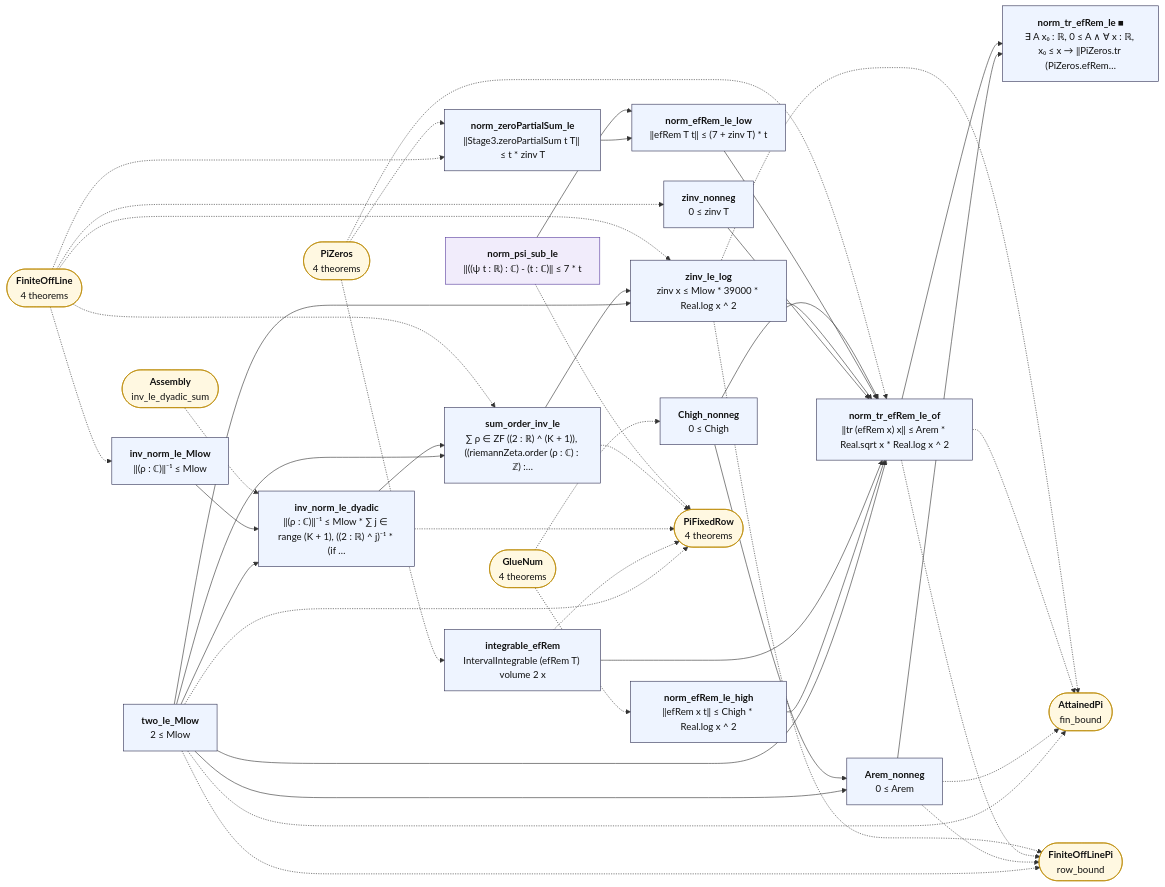
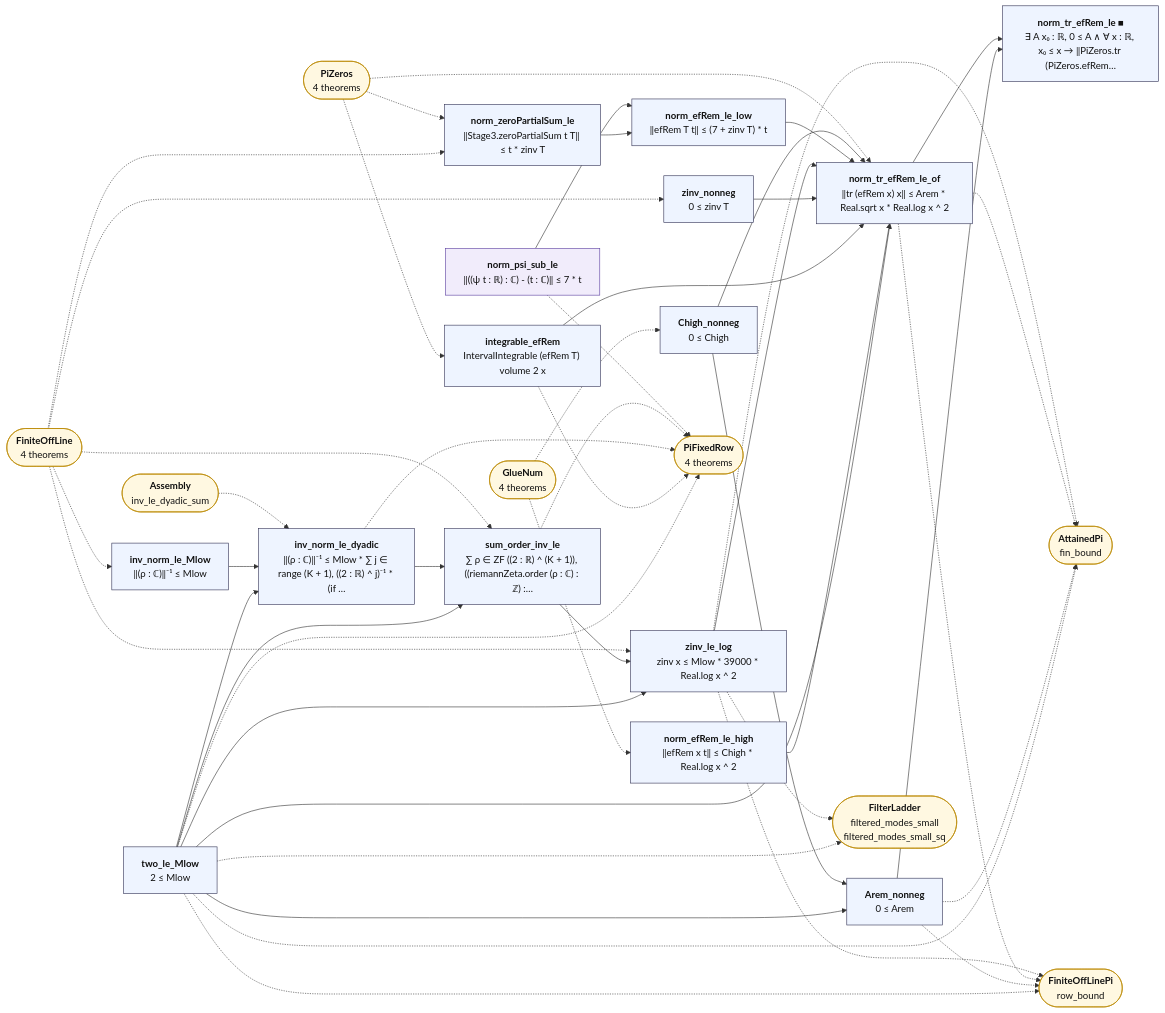
Before and after one commit to juliansambranojr/Primebeat_081426: the diagram in map/lean_stage3/PiRemainder.mmd, drawn with Mermaid. The commit also changed 35 other files, not shown here.

First line of the commit message:
Block S1: the filtered ladder (unit 0466)

```diff
--- a/map/lean_stage3/PiRemainder.mmd
+++ b/map/lean_stage3/PiRemainder.mmd
@@ -1,74 +1,77 @@
 flowchart LR
   n0["<b>two_le_Mlow</b><br/>2 ≤ Mlow"]:::thm
   n1["<b>inv_norm_le_Mlow</b><br/>‖(ρ : ℂ)‖⁻¹ ≤ Mlow"]:::thm
   n2["<b>inv_norm_le_dyadic</b><br/>‖(ρ : ℂ)‖⁻¹ ≤ Mlow * ∑ j ∈ range (K + 1), ((2 : ℝ) ^ j)⁻¹ * (if …"]:::thm
   n3["<b>sum_order_inv_le</b><br/>∑ ρ ∈ ZF ((2 : ℝ) ^ (K + 1)), ((riemannZeta.order (ρ : ℂ) : ℤ) :…"]:::thm
   n4["<b>zinv_nonneg</b><br/>0 ≤ zinv T"]:::thm
   n5["<b>zinv_le_log</b><br/>zinv x ≤ Mlow * 39000 * Real.log x ^ 2"]:::thm
   n6["<b>norm_zeroPartialSum_le</b><br/>‖Stage3.zeroPartialSum t T‖ ≤ t * zinv T"]:::thm
   n7["<b>norm_psi_sub_le</b><br/>‖((ψ t : ℝ) : ℂ) - (t : ℂ)‖ ≤ 7 * t"]:::shp
   n8["<b>norm_efRem_le_low</b><br/>‖efRem T t‖ ≤ (7 + zinv T) * t"]:::thm
   n9["<b>Chigh_nonneg</b><br/>0 ≤ Chigh"]:::thm
   n10["<b>norm_efRem_le_high</b><br/>‖efRem x t‖ ≤ Chigh * Real.log x ^ 2"]:::thm
   n11["<b>integrable_efRem</b><br/>IntervalIntegrable (efRem T) volume 2 x"]:::thm
   n12["<b>Arem_nonneg</b><br/>0 ≤ Arem"]:::thm
   n13["<b>norm_tr_efRem_le_of</b><br/>‖tr (efRem x) x‖ ≤ Arem * Real.sqrt x * Real.log x ^ 2"]:::thm
   n14["<b>norm_tr_efRem_le ■</b><br/>∃ A x₀ : ℝ, 0 ≤ A ∧ ∀ x : ℝ, x₀ ≤ x → ‖PiZeros.tr (PiZeros.efRem…"]:::thm
   x0(["<b>AttainedPi</b><br/>fin_bound"]):::ext
-  x1(["<b>FiniteOffLinePi</b><br/>row_bound"]):::ext
-  x2(["<b>PiFixedRow</b><br/>4 theorems"]):::ext
-  x3(["<b>FiniteOffLine</b><br/>4 theorems"]):::ext
-  x4(["<b>Assembly</b><br/>inv_le_dyadic_sum"]):::ext
-  x5(["<b>PiZeros</b><br/>4 theorems"]):::ext
-  x6(["<b>GlueNum</b><br/>4 theorems"]):::ext
+  x1(["<b>FilterLadder</b><br/>filtered_modes_small<br/>filtered_modes_small_sq"]):::ext
+  x2(["<b>FiniteOffLinePi</b><br/>row_bound"]):::ext
+  x3(["<b>PiFixedRow</b><br/>4 theorems"]):::ext
+  x4(["<b>FiniteOffLine</b><br/>4 theorems"]):::ext
+  x5(["<b>Assembly</b><br/>inv_le_dyadic_sum"]):::ext
+  x6(["<b>PiZeros</b><br/>4 theorems"]):::ext
+  x7(["<b>GlueNum</b><br/>4 theorems"]):::ext
   n0 --> n12
   n0 --> n13
   n0 --> n2
   n0 --> n3
   n0 --> n5
   n1 --> n2
   n10 --> n13
   n11 --> n13
   n12 --> n14
   n13 --> n14
   n2 --> n3
   n3 --> n5
   n4 --> n13
   n5 --> n13
   n6 --> n8
   n7 --> n8
   n8 --> n13
   n9 --> n12
   n9 --> n13
   n0 -.-> x0
   n0 -.-> x1
   n0 -.-> x2
-  n11 -.-> x2
+  n0 -.-> x3
+  n11 -.-> x3
   n12 -.-> x0
-  n12 -.-> x1
+  n12 -.-> x2
   n13 -.-> x0
-  n13 -.-> x1
-  n2 -.-> x2
-  n3 -.-> x2
+  n13 -.-> x2
+  n2 -.-> x3
+  n3 -.-> x3
   n5 -.-> x0
   n5 -.-> x1
-  n7 -.-> x2
-  x3 -.-> n1
-  x3 -.-> n3
-  x3 -.-> n4
-  x3 -.-> n5
-  x3 -.-> n6
-  x4 -.-> n2
-  x5 -.-> n11
-  x5 -.-> n13
-  x5 -.-> n6
-  x6 -.-> n10
-  x6 -.-> n9
+  n5 -.-> x2
+  n7 -.-> x3
+  x4 -.-> n1
+  x4 -.-> n3
+  x4 -.-> n4
+  x4 -.-> n5
+  x4 -.-> n6
+  x5 -.-> n2
+  x6 -.-> n11
+  x6 -.-> n13
+  x6 -.-> n6
+  x7 -.-> n10
+  x7 -.-> n9
   classDef cnt fill:#dff5ec,stroke:#17694a,color:#111
   classDef shp fill:#f1ecfb,stroke:#5b3fa0,color:#111
   classDef rh fill:#ffe5e5,stroke:#c22,color:#111,stroke-width:2px
   classDef thm fill:#eef4ff,stroke:#335,color:#111
   classDef end_ fill:#e7f7e7,stroke:#2a7,color:#111,stroke-width:2px
   classDef lone fill:#fff,stroke:#999,color:#111,stroke-dasharray:4 3
   classDef bad fill:#ffe5e5,stroke:#c22,color:#111,stroke-width:2px
   classDef ext fill:#fff8e1,stroke:#b80,color:#111
```
